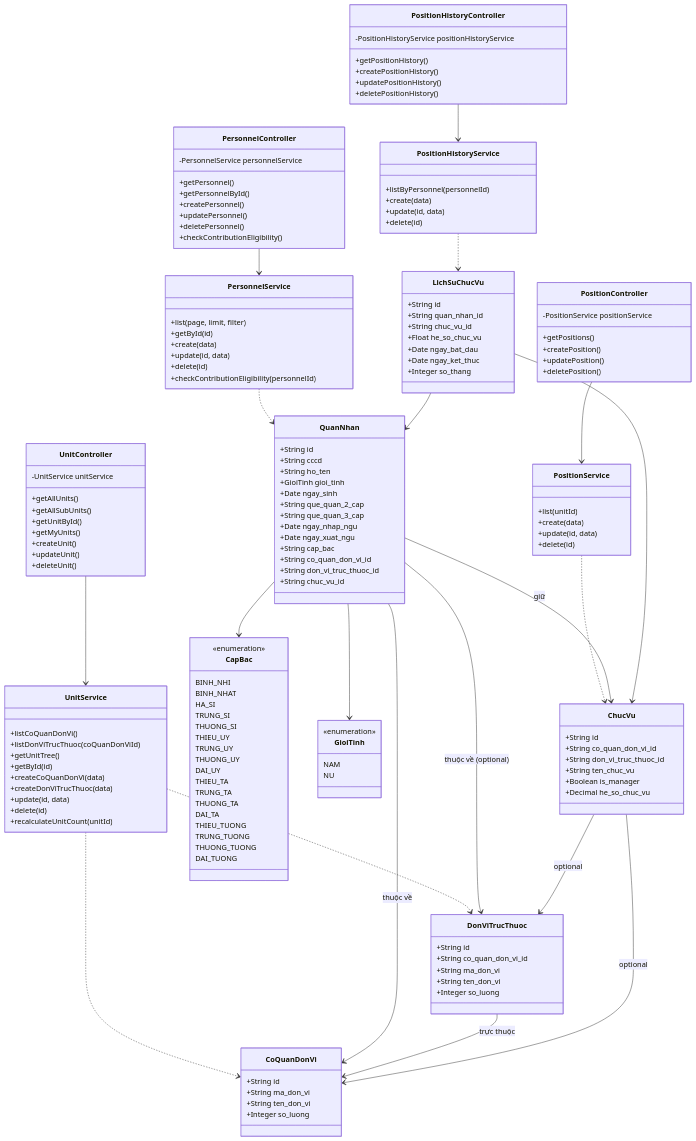
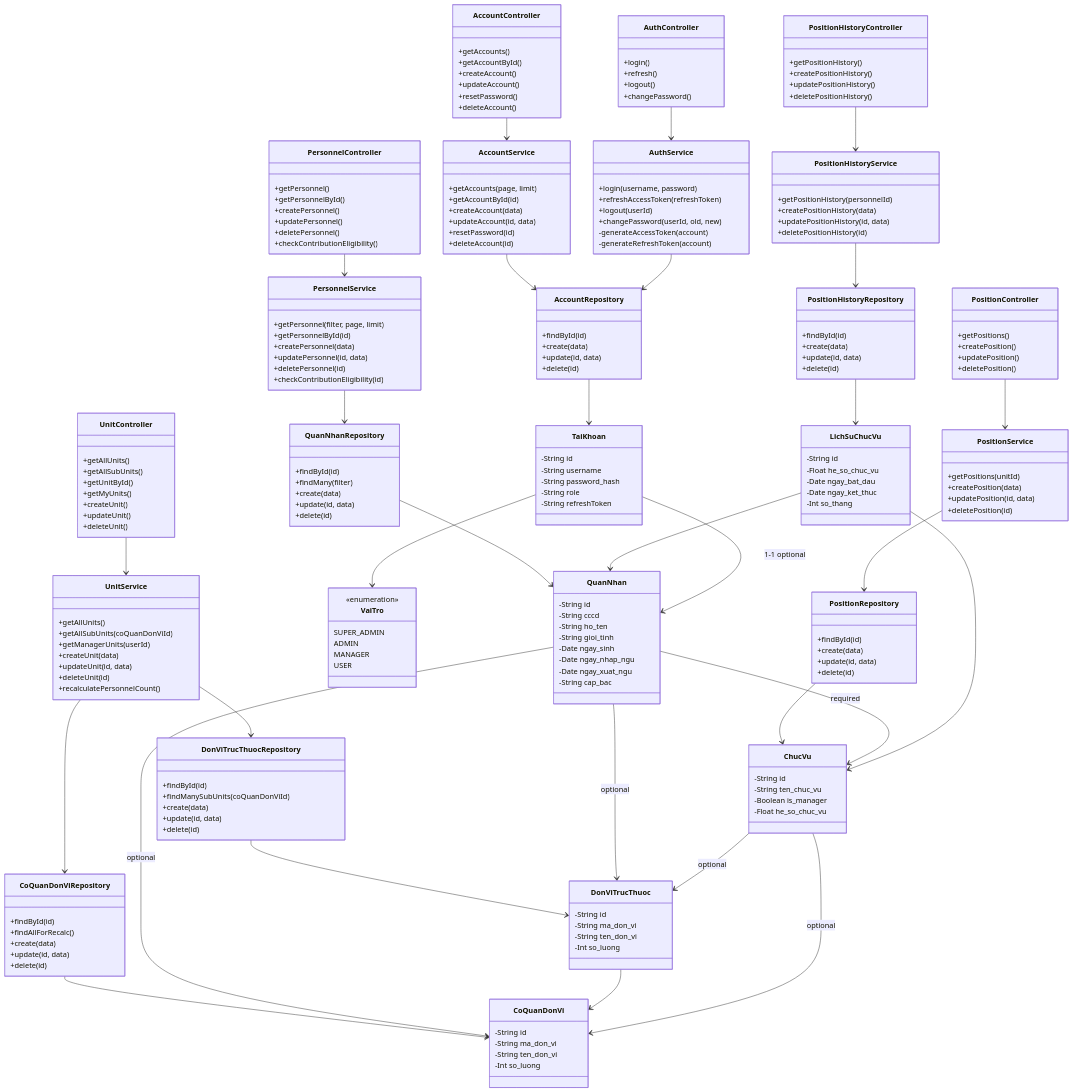
The first of 3 diagrams in docs/diagrams/04-class.md (tranducbk/DATN_PM_QLKT), drawn with Mermaid before and after one commit. The commit also changed other lines of this file and 309 other files, not shown here.

````diff
--- a/docs/diagrams/04-class.md
+++ b/docs/diagrams/04-class.md
@@ -32,84 +24,102 @@
 ```mermaid
 classDiagram
     class QuanNhan {
-        +String id
-        +String cccd
-        +String ho_ten
-        +GioiTinh gioi_tinh
-        +Date ngay_sinh
-        +String que_quan_2_cap
-        +String que_quan_3_cap
-        +Date ngay_nhap_ngu
-        +Date ngay_xuat_ngu
-        +String cap_bac
-        +String co_quan_don_vi_id
-        +String don_vi_truc_thuoc_id
-        +String chuc_vu_id
+        -String id
+        -String cccd
+        -String ho_ten
+        -String gioi_tinh
+        -Date ngay_sinh
+        -Date ngay_nhap_ngu
+        -Date ngay_xuat_ngu
+        -String cap_bac
+    }
+    class CoQuanDonVi {
+        -String id
+        -String ma_don_vi
+        -String ten_don_vi
+        -Int so_luong
+    }
+    class DonViTrucThuoc {
+        -String id
+        -String ma_don_vi
+        -String ten_don_vi
+        -Int so_luong
+    }
+    class ChucVu {
+        -String id
+        -String ten_chuc_vu
+        -Boolean is_manager
+        -Float he_so_chuc_vu
+    }
+    class LichSuChucVu {
+        -String id
+        -Float he_so_chuc_vu
+        -Date ngay_bat_dau
+        -Date ngay_ket_thuc
+        -Int so_thang
+    }
+    class TaiKhoan {
+        -String id
+        -String username
+        -String password_hash
+        -String role
+        -String refreshToken
+    }
+    class VaiTro {
+        <<enumeration>>
+        SUPER_ADMIN
+        ADMIN
+        MANAGER
+        USER
     }
 
-    class CoQuanDonVi {
-        +String id
-        +String ma_don_vi
-        +String ten_don_vi
-        +Integer so_luong
+    class PersonnelService {
+        +getPersonnel(filter, page, limit)
+        +getPersonnelById(id)
+        +createPersonnel(data)
+        +updatePersonnel(id, data)
+        +deletePersonnel(id)
+        +checkContributionEligibility(id)
     }
-
-    class DonViTrucThuoc {
-        +String id
-        +String co_quan_don_vi_id
-        +String ma_don_vi
-        +String ten_don_vi
-        +Integer so_luong
+    class UnitService {
+        +getAllUnits()
+        +getAllSubUnits(coQuanDonViId)
+        +getManagerUnits(userId)
+        +createUnit(data)
+        +updateUnit(id, data)
+        +deleteUnit(id)
+        +recalculatePersonnelCount()
     }
-
-    class ChucVu {
-        +String id
-        +String co_quan_don_vi_id
-        +String don_vi_truc_thuoc_id
-        +String ten_chuc_vu
-        +Boolean is_manager
-        +Decimal he_so_chuc_vu
+    class PositionService {
+        +getPositions(unitId)
+        +createPosition(data)
+        +updatePosition(id, data)
+        +deletePosition(id)
     }
-
-    class LichSuChucVu {
-        +String id
-        +String quan_nhan_id
-        +String chuc_vu_id
-        +Float he_so_chuc_vu
-        +Date ngay_bat_dau
-        +Date ngay_ket_thuc
-        +Integer so_thang
+    class PositionHistoryService {
+        +getPositionHistory(personnelId)
+        +createPositionHistory(data)
+        +updatePositionHistory(id, data)
+        +deletePositionHistory(id)
     }
-
-    class CapBac {
-        <<enumeration>>
-        BINH_NHI
-        BINH_NHAT
-        HA_SI
-        TRUNG_SI
-        THUONG_SI
-        THIEU_UY
-        TRUNG_UY
-        THUONG_UY
-        DAI_UY
-        THIEU_TA
-        TRUNG_TA
-        THUONG_TA
-        DAI_TA
-        THIEU_TUONG
-        TRUNG_TUONG
-        THUONG_TUONG
-        DAI_TUONG
+    class AccountService {
+        +getAccounts(page, limit)
+        +getAccountById(id)
+        +createAccount(data)
+        +updateAccount(id, data)
+        +resetPassword(id)
+        +deleteAccount(id)
     }
-
-    class GioiTinh {
-        <<enumeration>>
-        NAM
-        NU
+    class AuthService {
+        +login(username, password)
+        +refreshAccessToken(refreshToken)
+        +logout(userId)
+        +changePassword(userId, old, new)
+        -generateAccessToken(account)
+        -generateRefreshToken(account)
     }
 
     class PersonnelController {
-        -PersonnelService personnelService
         +getPersonnel()
         +getPersonnelById()
         +createPersonnel()
@@ -117,18 +127,7 @@
         +deletePersonnel()
         +checkContributionEligibility()
     }
-
-    class PersonnelService {
-        +list(page, limit, filter)
-        +getById(id)
-        +create(data)
-        +update(id, data)
-        +delete(id)
-        +checkContributionEligibility(personnelId)
-    }
-
     class UnitController {
-        -UnitService unitService
         +getAllUnits()
         +getAllSubUnits()
         +getUnitById()
@@ -137,44 +136,68 @@
         +updateUnit()
         +deleteUnit()
     }
-
-    class UnitService {
-        +listCoQuanDonVi()
-        +listDonViTrucThuoc(coQuanDonViId)
-        +getUnitTree()
-        +getById(id)
-        +createCoQuanDonVi(data)
-        +createDonViTrucThuoc(data)
-        +update(id, data)
-        +delete(id)
-        +recalculateUnitCount(unitId)
-    }
-
     class PositionController {
-        -PositionService positionService
         +getPositions()
         +createPosition()
         +updatePosition()
         +deletePosition()
     }
-
-    class PositionService {
-        +list(unitId)
-        +create(data)
-        +update(id, data)
-        +delete(id)
-    }
-
     class PositionHistoryController {
-        -PositionHistoryService positionHistoryService
         +getPositionHistory()
         +createPositionHistory()
         +updatePositionHistory()
         +deletePositionHistory()
     }
+    class AccountController {
+        +getAccounts()
+        +getAccountById()
+        +createAccount()
+        +updateAccount()
+        +resetPassword()
+        +deleteAccount()
+    }
+    class AuthController {
+        +login()
+        +refresh()
+        +logout()
+        +changePassword()
+    }
 
-    class PositionHistoryService {
-        +listByPersonnel(personnelId)
+    class QuanNhanRepository {
+        +findById(id)
+        +findMany(filter)
+        +create(data)
+        +update(id, data)
+        +delete(id)
+    }
+    class CoQuanDonViRepository {
+        +findById(id)
+        +findAllForRecalc()
+        +create(data)
+        +update(id, data)
+        +delete(id)
+    }
+    class DonViTrucThuocRepository {
+        +findById(id)
+        +findManySubUnits(coQuanDonViId)
+        +create(data)
+        +update(id, data)
+        +delete(id)
+    }
+    class PositionRepository {
+        +findById(id)
+        +create(data)
+        +update(id, data)
+        +delete(id)
+    }
+    class PositionHistoryRepository {
+        +findById(id)
+        +create(data)
+        +update(id, data)
+        +delete(id)
+    }
+    class AccountRepository {
+        +findById(id)
         +create(data)
         +update(id, data)
         +delete(id)
@@ -184,21 +207,32 @@
     UnitController --> UnitService
     PositionController --> PositionService
     PositionHistoryController --> PositionHistoryService
+    AccountController --> AccountService
+    AuthController --> AuthService
 
-    PersonnelService ..> QuanNhan
-    UnitService ..> CoQuanDonVi
-    UnitService ..> DonViTrucThuoc
-    PositionService ..> ChucVu
-    PositionHistoryService ..> LichSuChucVu
+    PersonnelService --> QuanNhanRepository
+    UnitService --> CoQuanDonViRepository
+    UnitService --> DonViTrucThuocRepository
+    PositionService --> PositionRepository
+    PositionHistoryService --> PositionHistoryRepository
+    AccountService --> AccountRepository
+    AuthService --> AccountRepository
 
-    QuanNhan --> CoQuanDonVi : thuộc về
-    QuanNhan --> DonViTrucThuoc : thuộc về (optional)
-    QuanNhan --> ChucVu : giữ
-    QuanNhan --> GioiTinh
-    QuanNhan --> CapBac
-    DonViTrucThuoc --> CoQuanDonVi : trực thuộc
+    QuanNhanRepository --> QuanNhan
+    CoQuanDonViRepository --> CoQuanDonVi
+    DonViTrucThuocRepository --> DonViTrucThuoc
+    PositionRepository --> ChucVu
+    PositionHistoryRepository --> LichSuChucVu
+    AccountRepository --> TaiKhoan
+
+    QuanNhan --> CoQuanDonVi : optional
+    QuanNhan --> DonViTrucThuoc : optional
+    QuanNhan --> ChucVu : required
+    DonViTrucThuoc --> CoQuanDonVi
     ChucVu --> CoQuanDonVi : optional
     ChucVu --> DonViTrucThuoc : optional
     LichSuChucVu --> QuanNhan
     LichSuChucVu --> ChucVu
+    TaiKhoan --> QuanNhan : 1-1 optional
+    TaiKhoan --> VaiTro
 ```
````
